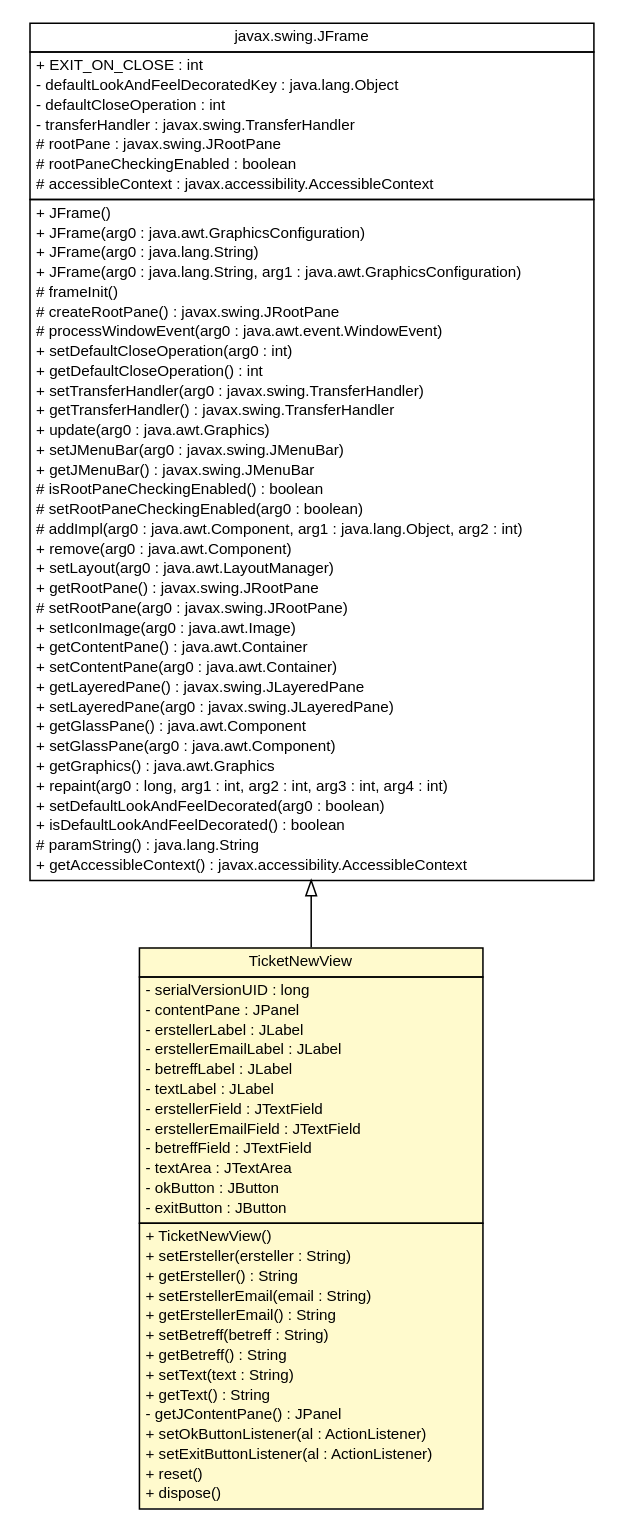
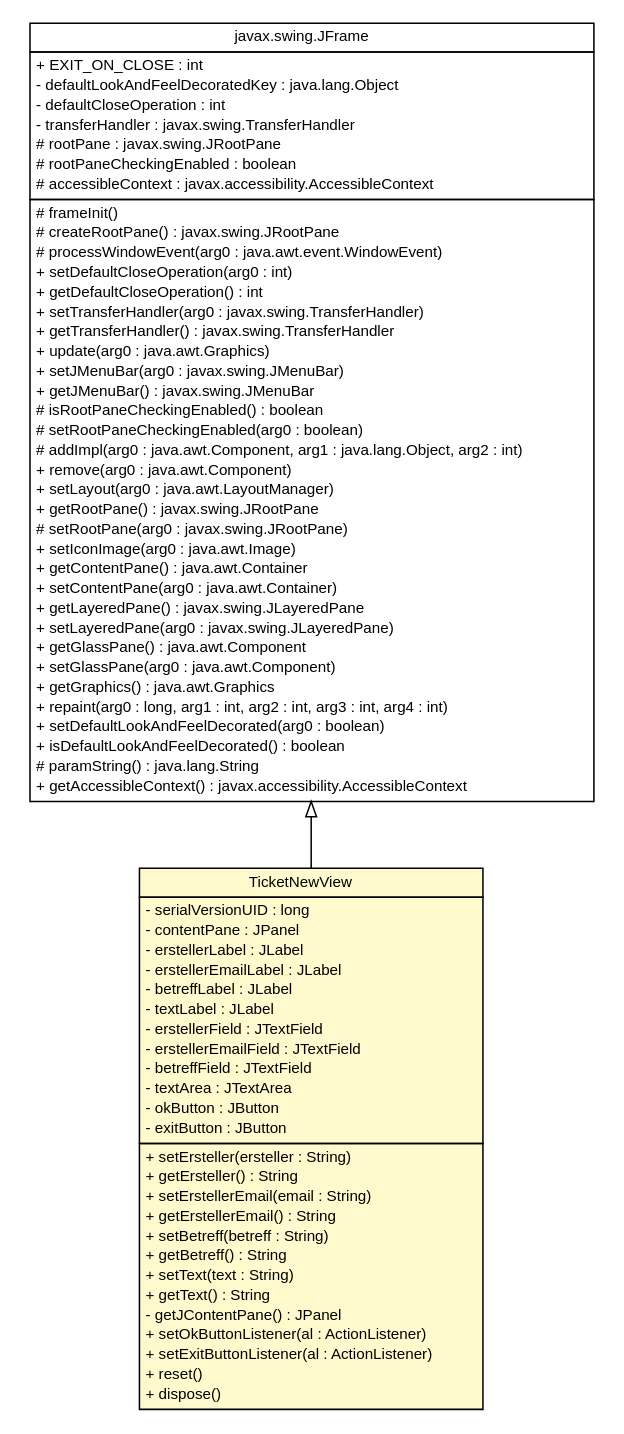
One commit to Dr4K4n/TroubleTicketManagement changed the diagram in doc/de/articmodding/TroubleTicket/TicketNewView.dot. Above: the diagram before and after it, drawn with Graphviz. The commit also changed 58 other files, not shown here.

Commit message:
- tables are now automatically created - fixed minor bug in TicketEditView

```diff
--- a/doc/de/articmodding/TroubleTicket/TicketNewView.dot
+++ b/doc/de/articmodding/TroubleTicket/TicketNewView.dot
@@ -1,101 +1,96 @@
 #!/usr/local/bin/dot
 #
 # Class diagram 
 # Generated by UMLGraph version 5.4 (http://www.umlgraph.org/)
 #
 
 digraph G {
 	edge [fontname="Helvetica",fontsize=10,labelfontname="Helvetica",labelfontsize=10];
 	node [fontname="Helvetica",fontsize=10,shape=plaintext];
 	nodesep=0.25;
 	ranksep=0.5;
 	// de.articmodding.TroubleTicket.TicketNewView
 	c70 [label=<<table title="de.articmodding.TroubleTicket.TicketNewView" border="0" cellborder="1" cellspacing="0" cellpadding="2" port="p" bgcolor="lemonChiffon" href="./TicketNewView.html">
 		<tr><td><table border="0" cellspacing="0" cellpadding="1">
 <tr><td align="center" balign="center"> TicketNewView </td></tr>
 		</table></td></tr>
 		<tr><td><table border="0" cellspacing="0" cellpadding="1">
 <tr><td align="left" balign="left"> - serialVersionUID : long </td></tr>
 <tr><td align="left" balign="left"> - contentPane : JPanel </td></tr>
 <tr><td align="left" balign="left"> - erstellerLabel : JLabel </td></tr>
 <tr><td align="left" balign="left"> - erstellerEmailLabel : JLabel </td></tr>
 <tr><td align="left" balign="left"> - betreffLabel : JLabel </td></tr>
 <tr><td align="left" balign="left"> - textLabel : JLabel </td></tr>
 <tr><td align="left" balign="left"> - erstellerField : JTextField </td></tr>
 <tr><td align="left" balign="left"> - erstellerEmailField : JTextField </td></tr>
 <tr><td align="left" balign="left"> - betreffField : JTextField </td></tr>
 <tr><td align="left" balign="left"> - textArea : JTextArea </td></tr>
 <tr><td align="left" balign="left"> - okButton : JButton </td></tr>
 <tr><td align="left" balign="left"> - exitButton : JButton </td></tr>
 		</table></td></tr>
 		<tr><td><table border="0" cellspacing="0" cellpadding="1">
-<tr><td align="left" balign="left"> + TicketNewView() </td></tr>
 <tr><td align="left" balign="left"> + setErsteller(ersteller : String) </td></tr>
 <tr><td align="left" balign="left"> + getErsteller() : String </td></tr>
 <tr><td align="left" balign="left"> + setErstellerEmail(email : String) </td></tr>
 <tr><td align="left" balign="left"> + getErstellerEmail() : String </td></tr>
 <tr><td align="left" balign="left"> + setBetreff(betreff : String) </td></tr>
 <tr><td align="left" balign="left"> + getBetreff() : String </td></tr>
 <tr><td align="left" balign="left"> + setText(text : String) </td></tr>
 <tr><td align="left" balign="left"> + getText() : String </td></tr>
 <tr><td align="left" balign="left"> - getJContentPane() : JPanel </td></tr>
 <tr><td align="left" balign="left"> + setOkButtonListener(al : ActionListener) </td></tr>
 <tr><td align="left" balign="left"> + setExitButtonListener(al : ActionListener) </td></tr>
 <tr><td align="left" balign="left"> + reset() </td></tr>
 <tr><td align="left" balign="left"> + dispose() </td></tr>
 		</table></td></tr>
 		</table>>, URL="./TicketNewView.html", fontname="Helvetica", fontcolor="black", fontsize=10.0];
 	//de.articmodding.TroubleTicket.TicketNewView extends javax.swing.JFrame
 	c80:p -> c70:p [dir=back,arrowtail=empty];
 	// javax.swing.JFrame
 	c80 [label=<<table title="javax.swing.JFrame" border="0" cellborder="1" cellspacing="0" cellpadding="2" port="p" href="http://java.sun.com/j2se/1.4.2/docs/api/javax/swing/JFrame.html">
 		<tr><td><table border="0" cellspacing="0" cellpadding="1">
 <tr><td align="center" balign="center"> javax.swing.JFrame </td></tr>
 		</table></td></tr>
 		<tr><td><table border="0" cellspacing="0" cellpadding="1">
 <tr><td align="left" balign="left"> + EXIT_ON_CLOSE : int </td></tr>
 <tr><td align="left" balign="left"> - defaultLookAndFeelDecoratedKey : java.lang.Object </td></tr>
 <tr><td align="left" balign="left"> - defaultCloseOperation : int </td></tr>
 <tr><td align="left" balign="left"> - transferHandler : javax.swing.TransferHandler </td></tr>
 <tr><td align="left" balign="left"> # rootPane : javax.swing.JRootPane </td></tr>
 <tr><td align="left" balign="left"> # rootPaneCheckingEnabled : boolean </td></tr>
 <tr><td align="left" balign="left"> # accessibleContext : javax.accessibility.AccessibleContext </td></tr>
 		</table></td></tr>
 		<tr><td><table border="0" cellspacing="0" cellpadding="1">
-<tr><td align="left" balign="left"> + JFrame() </td></tr>
-<tr><td align="left" balign="left"> + JFrame(arg0 : java.awt.GraphicsConfiguration) </td></tr>
-<tr><td align="left" balign="left"> + JFrame(arg0 : java.lang.String) </td></tr>
-<tr><td align="left" balign="left"> + JFrame(arg0 : java.lang.String, arg1 : java.awt.GraphicsConfiguration) </td></tr>
 <tr><td align="left" balign="left"> # frameInit() </td></tr>
 <tr><td align="left" balign="left"> # createRootPane() : javax.swing.JRootPane </td></tr>
 <tr><td align="left" balign="left"> # processWindowEvent(arg0 : java.awt.event.WindowEvent) </td></tr>
 <tr><td align="left" balign="left"> + setDefaultCloseOperation(arg0 : int) </td></tr>
 <tr><td align="left" balign="left"> + getDefaultCloseOperation() : int </td></tr>
 <tr><td align="left" balign="left"> + setTransferHandler(arg0 : javax.swing.TransferHandler) </td></tr>
 <tr><td align="left" balign="left"> + getTransferHandler() : javax.swing.TransferHandler </td></tr>
 <tr><td align="left" balign="left"> + update(arg0 : java.awt.Graphics) </td></tr>
 <tr><td align="left" balign="left"> + setJMenuBar(arg0 : javax.swing.JMenuBar) </td></tr>
 <tr><td align="left" balign="left"> + getJMenuBar() : javax.swing.JMenuBar </td></tr>
 <tr><td align="left" balign="left"> # isRootPaneCheckingEnabled() : boolean </td></tr>
 <tr><td align="left" balign="left"> # setRootPaneCheckingEnabled(arg0 : boolean) </td></tr>
 <tr><td align="left" balign="left"> # addImpl(arg0 : java.awt.Component, arg1 : java.lang.Object, arg2 : int) </td></tr>
 <tr><td align="left" balign="left"> + remove(arg0 : java.awt.Component) </td></tr>
 <tr><td align="left" balign="left"> + setLayout(arg0 : java.awt.LayoutManager) </td></tr>
 <tr><td align="left" balign="left"> + getRootPane() : javax.swing.JRootPane </td></tr>
 <tr><td align="left" balign="left"> # setRootPane(arg0 : javax.swing.JRootPane) </td></tr>
 <tr><td align="left" balign="left"> + setIconImage(arg0 : java.awt.Image) </td></tr>
 <tr><td align="left" balign="left"> + getContentPane() : java.awt.Container </td></tr>
 <tr><td align="left" balign="left"> + setContentPane(arg0 : java.awt.Container) </td></tr>
 <tr><td align="left" balign="left"> + getLayeredPane() : javax.swing.JLayeredPane </td></tr>
 <tr><td align="left" balign="left"> + setLayeredPane(arg0 : javax.swing.JLayeredPane) </td></tr>
 <tr><td align="left" balign="left"> + getGlassPane() : java.awt.Component </td></tr>
 <tr><td align="left" balign="left"> + setGlassPane(arg0 : java.awt.Component) </td></tr>
 <tr><td align="left" balign="left"> + getGraphics() : java.awt.Graphics </td></tr>
 <tr><td align="left" balign="left"> + repaint(arg0 : long, arg1 : int, arg2 : int, arg3 : int, arg4 : int) </td></tr>
 <tr><td align="left" balign="left"> + setDefaultLookAndFeelDecorated(arg0 : boolean) </td></tr>
 <tr><td align="left" balign="left"> + isDefaultLookAndFeelDecorated() : boolean </td></tr>
 <tr><td align="left" balign="left"> # paramString() : java.lang.String </td></tr>
 <tr><td align="left" balign="left"> + getAccessibleContext() : javax.accessibility.AccessibleContext </td></tr>
 		</table></td></tr>
 		</table>>, URL="http://java.sun.com/j2se/1.4.2/docs/api/javax/swing/JFrame.html", fontname="Helvetica", fontcolor="black", fontsize=10.0];
 }
```
